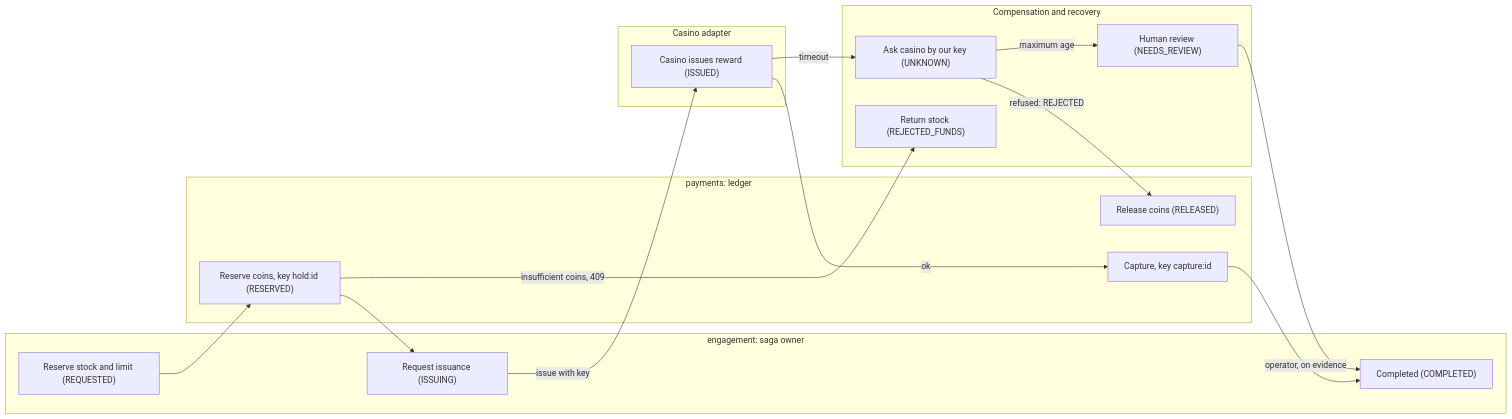
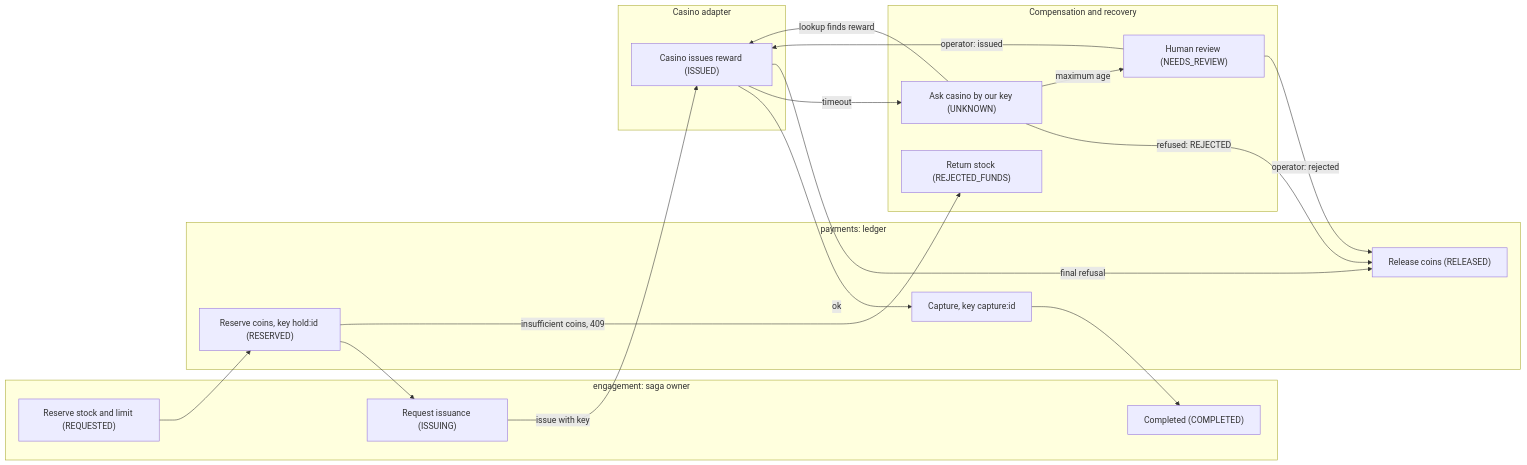
Before and after one commit to maxml/ex-mio-games: the third of 7 diagrams in docs/architecture/README.md, drawn with Mermaid. The commit also changed other lines of this file and 25 other files, not shown here.

First line of the commit message:
docs: rebuild the ERDs from the real schema (identity 13, engagement 15, payments 22 tables) and fix the other diagrams against the code

````diff
--- a/docs/architecture/README.md
+++ b/docs/architecture/README.md
@@ -142,28 +149,31 @@
 ```mermaid
 flowchart LR
   subgraph eng [engagement: saga owner]
     reserve["Reserve stock and limit (REQUESTED)"]
     request["Request issuance (ISSUING)"]
     completed["Completed (COMPLETED)"]
   end
   subgraph pay [payments: ledger]
     hold["Reserve coins, key hold:id (RESERVED)"]
     capture["Capture, key capture:id"]
     release["Release coins (RELEASED)"]
   end
   subgraph cas [Casino adapter]
     issue["Casino issues reward (ISSUED)"]
   end
   subgraph rec [Compensation and recovery]
     nofunds["Return stock (REJECTED_FUNDS)"]
     unknown["Ask casino by our key (UNKNOWN)"]
     review["Human review (NEEDS_REVIEW)"]
   end
 
   reserve --> hold --> request -->|issue with key| issue -->|ok| capture --> completed
   hold -->|insufficient coins, 409| nofunds
   issue -->|timeout| unknown
   unknown -->|refused: REJECTED| release
   unknown -->|maximum age| review
-  review -->|operator, on evidence| completed
+  unknown -->|lookup finds reward| issue
+  issue -->|final refusal| release
+  review -->|operator: issued| issue
+  review -->|operator: rejected| release
 ```
````
